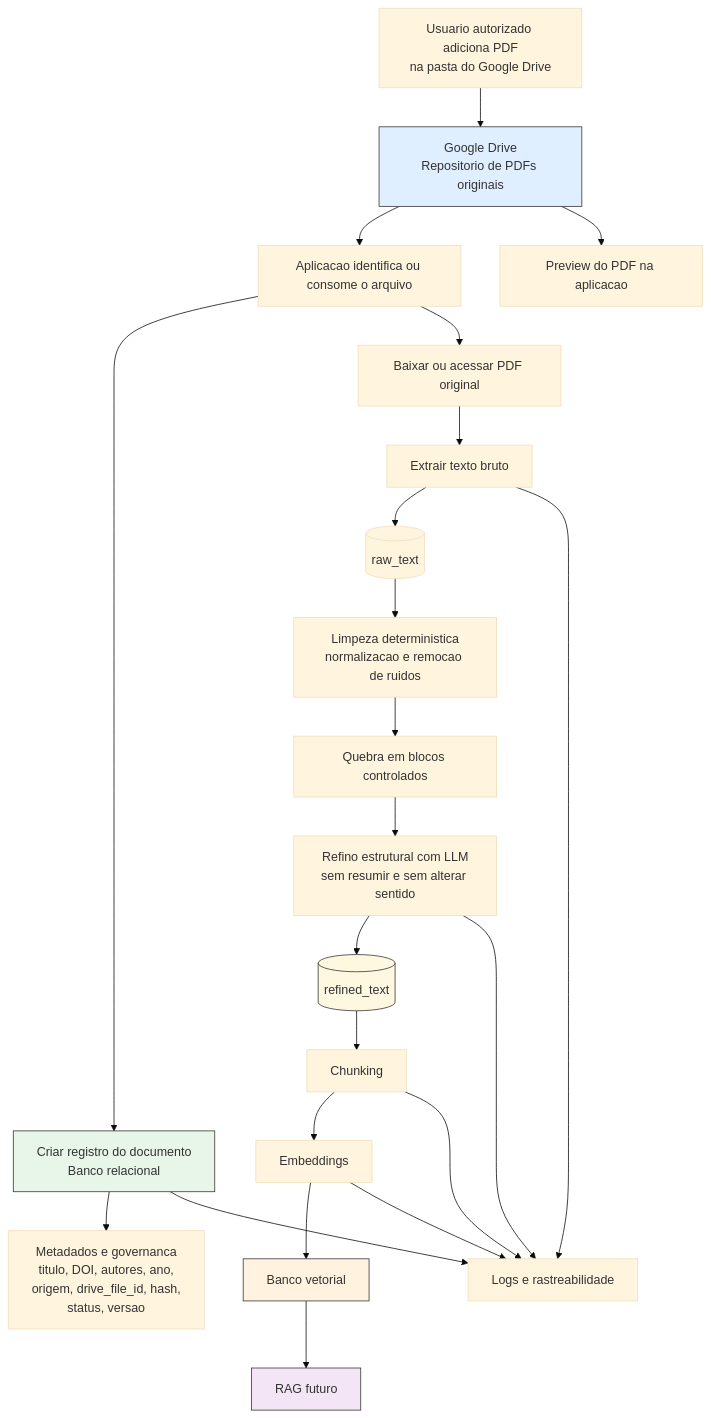
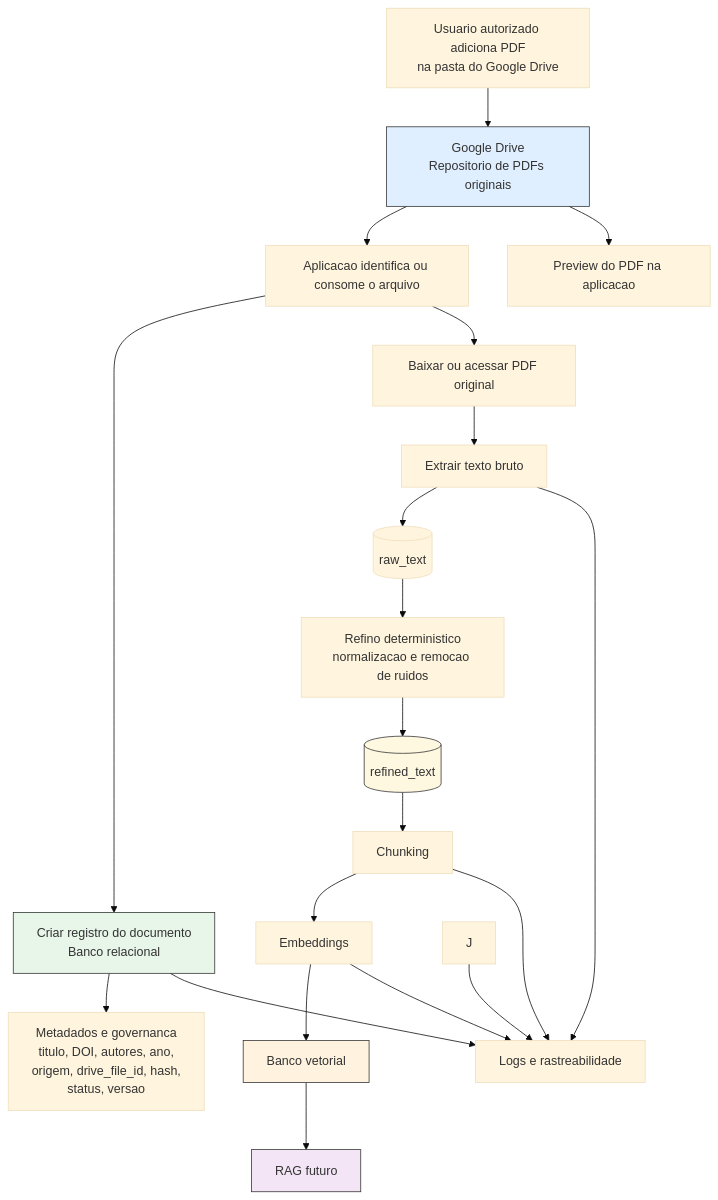
Before and after one commit to leosanner/rag-artigos-aia-petrobras: the diagram in README.md, drawn with Mermaid (base theme). The commit also changed other lines of this file and 3 other files, not shown here.

````diff
--- a/README.md
+++ b/README.md
@@ -15,36 +15,34 @@
 ```mermaid
 flowchart TD
     A[Usuario autorizado adiciona PDF<br/>na pasta do Google Drive] --> B[Google Drive<br/>Repositorio de PDFs originais]
 
     B --> C[Aplicacao identifica ou consome o arquivo]
     C --> D[Criar registro do documento<br/>Banco relacional]
 
     D --> D1[Metadados e governanca<br/>titulo, DOI, autores, ano,<br/>origem, drive_file_id, hash,<br/>status, versao]
 
     C --> E[Baixar ou acessar PDF original]
     E --> F[Extrair texto bruto]
     F --> G[(raw_text)]
 
-    G --> H[Limpeza deterministica<br/>normalizacao e remocao de ruidos]
-    H --> I[Quebra em blocos controlados]
-    I --> J[Refino estrutural com LLM<br/>sem resumir e sem alterar sentido]
-    J --> K[(refined_text)]
+    G --> H[Refino deterministico<br/>normalizacao e remocao de ruidos]
+    H --> K[(refined_text)]
 
     K --> L[Chunking]
     L --> M[Embeddings]
     M --> N[Banco vetorial]
     N --> O[RAG futuro]
 
     B --> P[Preview do PDF na aplicacao]
     D --> Q[Logs e rastreabilidade]
     F --> Q
     J --> Q
     L --> Q
     M --> Q
 
     style B fill:#dfefff,stroke:#333,stroke-width:1px
     style D fill:#e8f5e9,stroke:#333,stroke-width:1px
     style K fill:#fff8e1,stroke:#333,stroke-width:1px
     style N fill:#fff3e0,stroke:#333,stroke-width:1px
     style O fill:#f3e5f5,stroke:#333,stroke-width:1px
 ```
````
